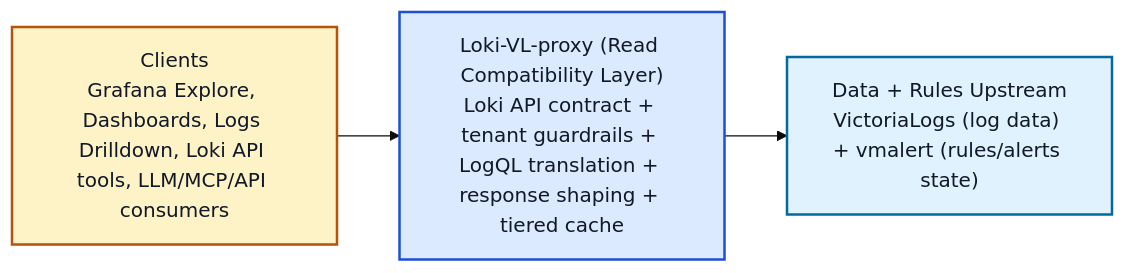
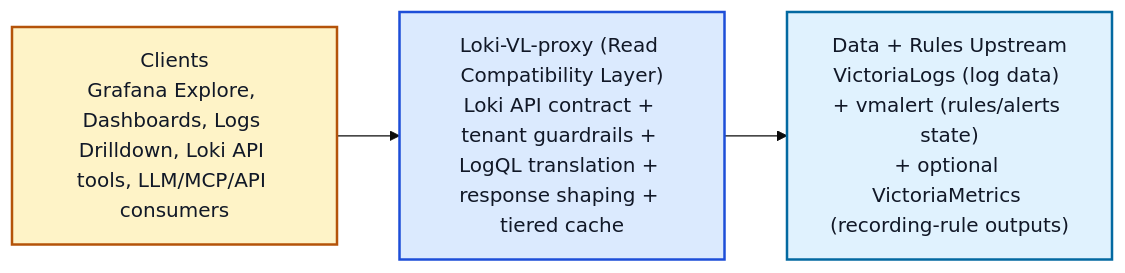
One commit to ReliablyObserve/loki-vl-proxy changed the first of 2 diagrams in README.md. Above: the diagram before and after it, drawn with Mermaid (base theme). The commit also changed other lines of this file and 17 other files, not shown here.

Commit message:
Harden tuple/rules compatibility and update docs/architecture

````diff
--- a/README.md
+++ b/README.md
@@ -24,12 +24,12 @@
 ```mermaid
 flowchart LR
     A["Clients<br/>Grafana Explore, Dashboards, Logs Drilldown, Loki API tools, LLM/MCP/API consumers"]
     B["Loki-VL-proxy (Read Compatibility Layer)<br/>Loki API contract + tenant guardrails + LogQL translation + response shaping + tiered cache"]
-    C["Data + Rules Upstream<br/>VictoriaLogs (log data) + vmalert (rules/alerts state)"]
+    C["Data + Rules Upstream<br/>VictoriaLogs (log data) + vmalert (rules/alerts state)<br/>+ optional VictoriaMetrics (recording-rule outputs)"]
 
     A --> B --> C
 
     style A fill:#fef3c7,stroke:#b45309,color:#111827,stroke-width:2px
     style B fill:#dbeafe,stroke:#1d4ed8,color:#111827,stroke-width:2px
     style C fill:#e0f2fe,stroke:#0369a1,color:#111827,stroke-width:2px
 ```
````
